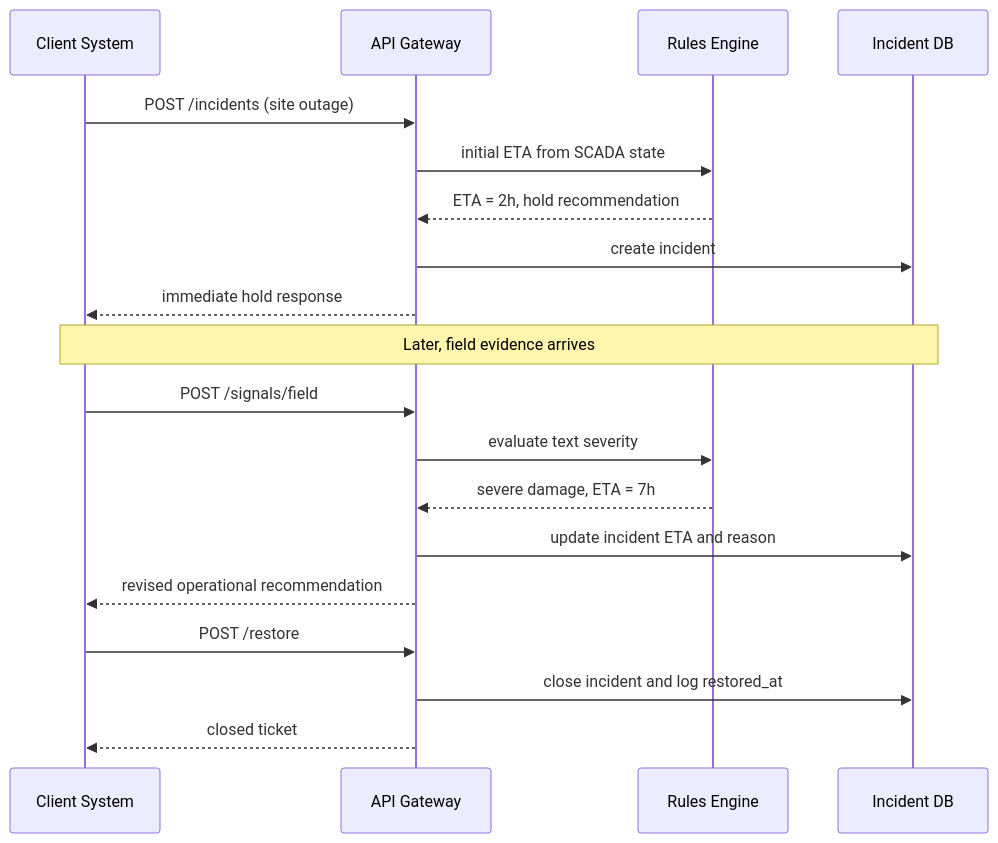
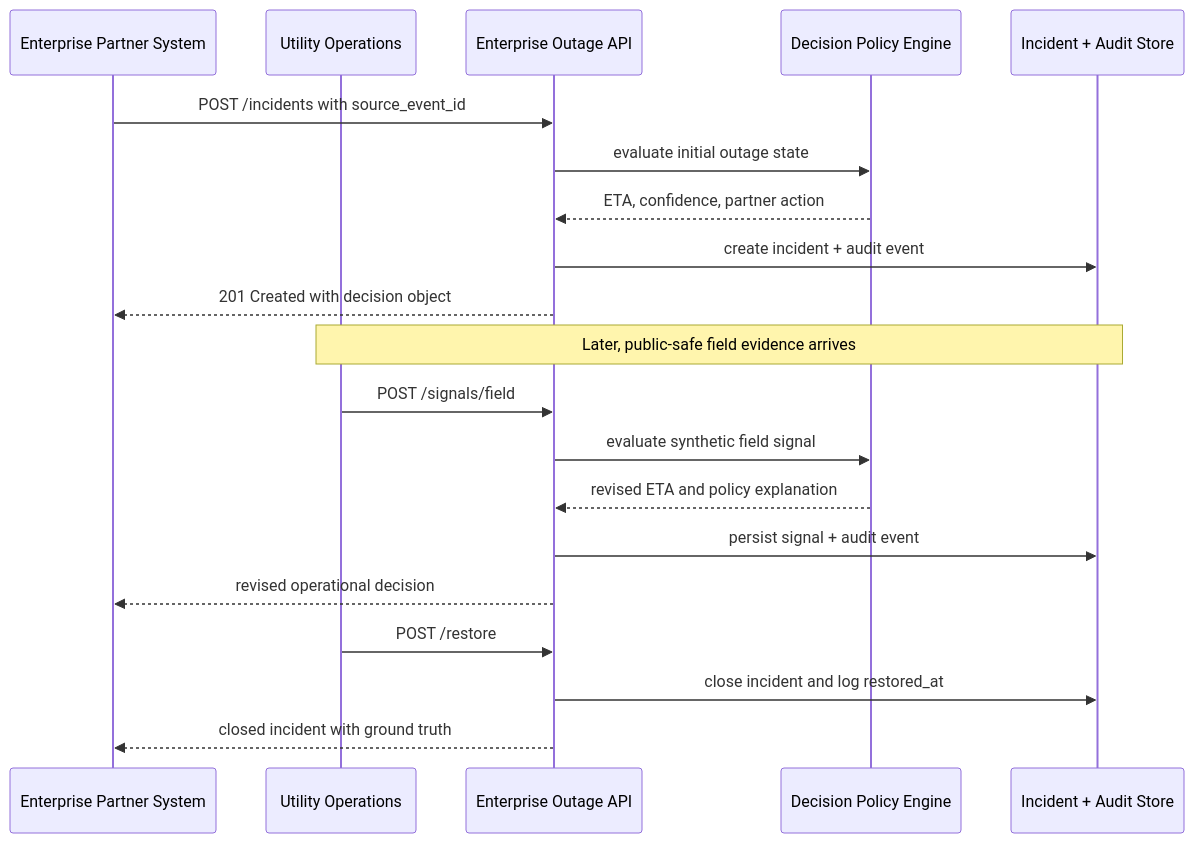
The diagram in docs/sequence-diagram.md (Pattarabordee/outage-intelligence-mvp), drawn with Mermaid before and after one commit. The commit also changed other lines of this file and 21 other files, not shown here.

Commit message:
Reposition as enterprise outage intelligence product

````diff
--- a/docs/sequence-diagram.md
+++ b/docs/sequence-diagram.md
@@ -3,25 +3,26 @@
 ```mermaid
 sequenceDiagram
-    participant C as Client System
-    participant A as API Gateway
-    participant R as Rules Engine
-    participant D as Incident DB
+    participant P as Enterprise Partner System
+    participant U as Utility Operations
+    participant A as Enterprise Outage API
+    participant R as Decision Policy Engine
+    participant D as Incident + Audit Store
 
-    C->>A: POST /incidents (site outage)
-    A->>R: initial ETA from SCADA state
-    R-->>A: ETA = 2h, hold recommendation
-    A->>D: create incident
-    A-->>C: immediate hold response
+    P->>A: POST /incidents with source_event_id
+    A->>R: evaluate initial outage state
+    R-->>A: ETA, confidence, partner action
+    A->>D: create incident + audit event
+    A-->>P: 201 Created with decision object
 
-    Note over C,D: Later, field evidence arrives
+    Note over U,D: Later, public-safe field evidence arrives
 
-    C->>A: POST /signals/field
-    A->>R: evaluate text severity
-    R-->>A: severe damage, ETA = 7h
-    A->>D: update incident ETA and reason
-    A-->>C: revised operational recommendation
+    U->>A: POST /signals/field
+    A->>R: evaluate synthetic field signal
+    R-->>A: revised ETA and policy explanation
+    A->>D: persist signal + audit event
+    A-->>P: revised operational decision
 
-    C->>A: POST /restore
+    U->>A: POST /restore
     A->>D: close incident and log restored_at
-    A-->>C: closed ticket
+    A-->>P: closed incident with ground truth
 ```
````
